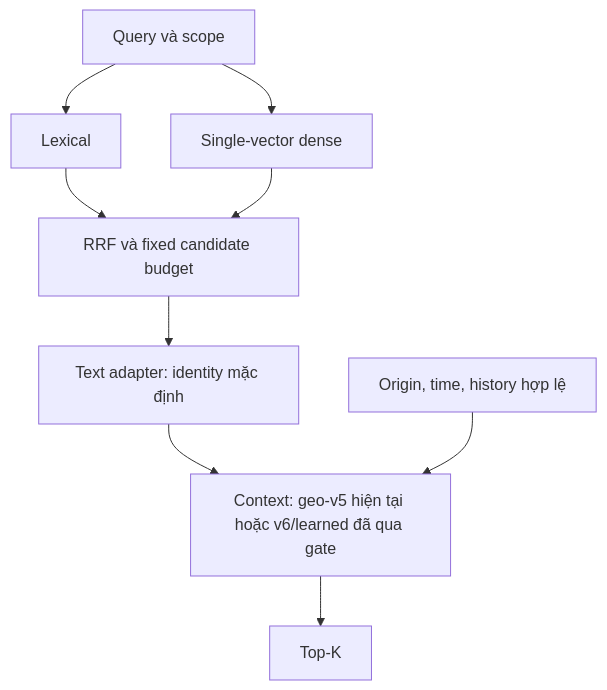
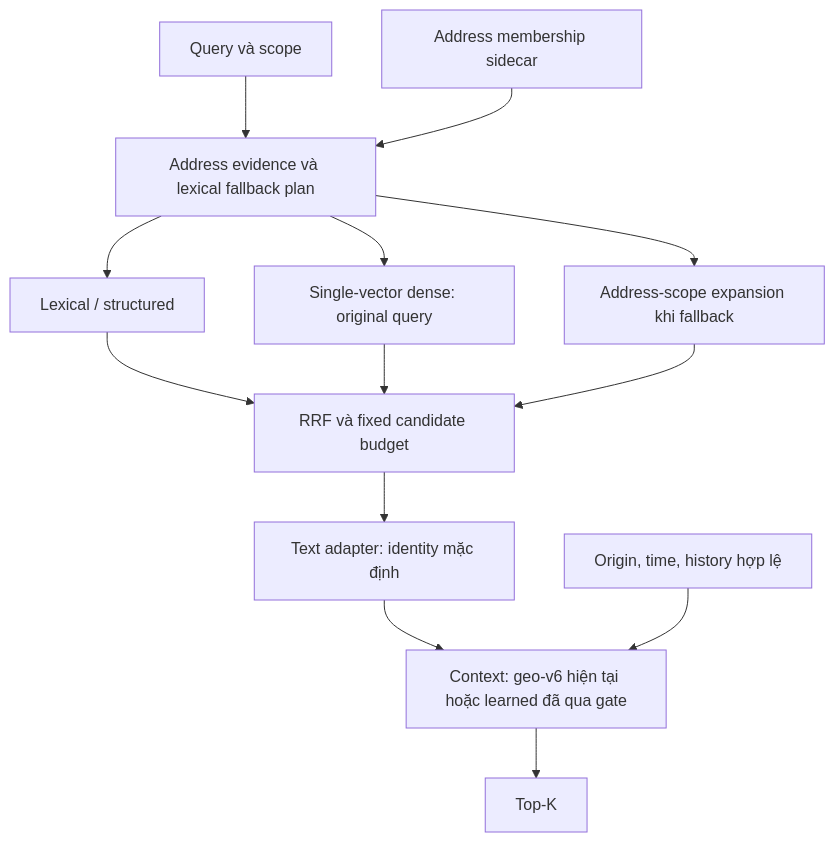
One commit to duckymoimoi/search-location-optimize changed the first of 6 diagrams in docs/specs/SYSTEM_DESIGN.md. Above: the diagram before and after it, drawn with Mermaid. The commit also changed other lines of this file and 321 other files, not shown here.

````diff
--- a/docs/specs/SYSTEM_DESIGN.md
+++ b/docs/specs/SYSTEM_DESIGN.md
@@ -9,11 +9,15 @@
 ```mermaid
 flowchart TD
-    Q["Query và scope"] --> L["Lexical"]
-    Q --> D["Single-vector dense"]
+    Q["Query và scope"] --> A["Address evidence và lexical fallback plan"]
+    M["Address membership sidecar"] --> A
+    A --> L["Lexical / structured"]
+    A --> D["Single-vector dense: original query"]
     L --> F["RRF và fixed candidate budget"]
     D --> F
+    A --> E["Address-scope expansion khi fallback"]
+    E --> F
     F --> T["Text adapter: identity mặc định"]
-    T --> C["Context: geo-v5 hiện tại hoặc v6/learned đã qua gate"]
+    T --> C["Context: geo-v6 hiện tại hoặc learned đã qua gate"]
     X["Origin, time, history hợp lệ"] --> C
     C --> O["Top-K"]
 ```
````
